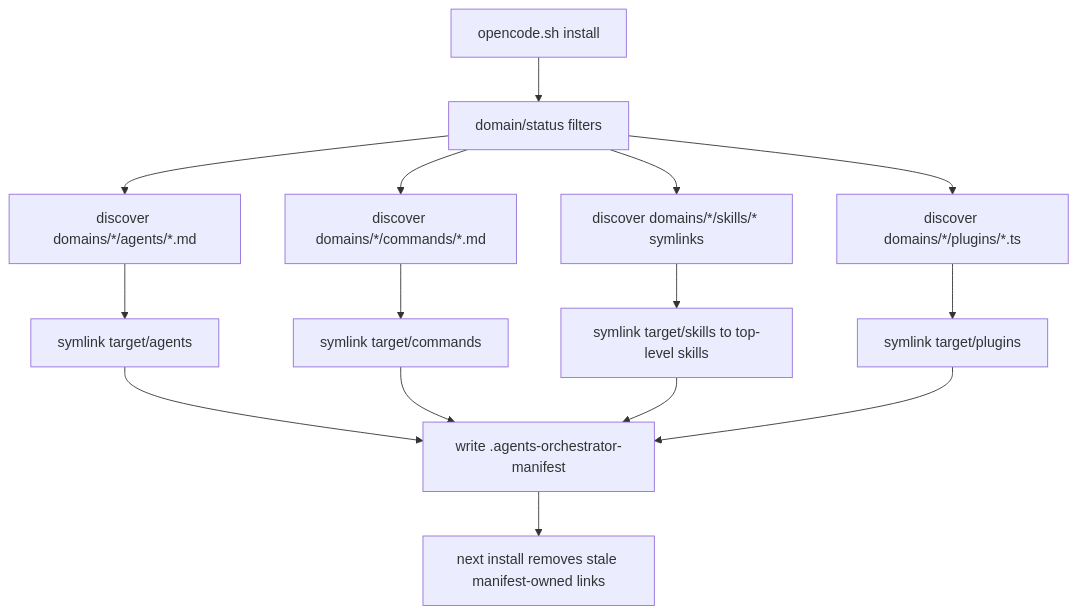
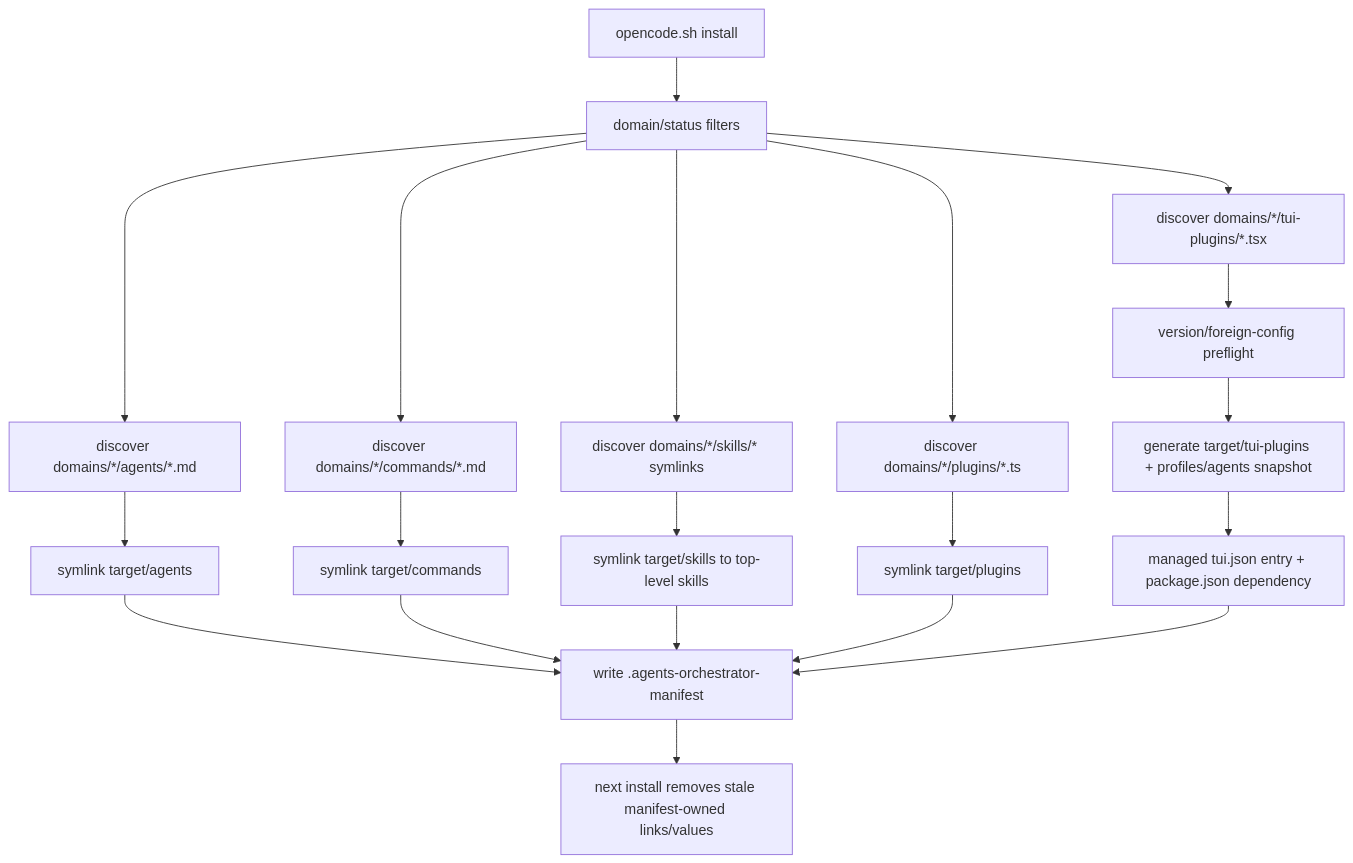
The seventh of 7 diagrams in docs/harness-flow-map.md (andresnator/agents-orchestrator), drawn with Mermaid before and after one commit. The commit also changed other lines of this file and 27 other files, not shown here.

````diff
--- a/docs/harness-flow-map.md
+++ b/docs/harness-flow-map.md
@@ -263,17 +263,22 @@
 ```mermaid
 flowchart TD
   Install["opencode.sh install"] --> Filters["domain/status filters"]
   Filters --> DiscoverAgents["discover domains/*/agents/*.md"]
   Filters --> DiscoverCommands["discover domains/*/commands/*.md"]
   Filters --> DiscoverSkills["discover domains/*/skills/* symlinks"]
   Filters --> DiscoverPlugins["discover domains/*/plugins/*.ts"]
+  Filters --> DiscoverTui["discover domains/*/tui-plugins/*.tsx"]
   DiscoverAgents --> LinkAgents["symlink target/agents"]
   DiscoverCommands --> LinkCommands["symlink target/commands"]
   DiscoverSkills --> LinkSkills["symlink target/skills to top-level skills"]
   DiscoverPlugins --> LinkPlugins["symlink target/plugins"]
+  DiscoverTui --> Gate["version/foreign-config preflight"]
+  Gate --> CopyTui["generate target/tui-plugins + profiles/agents snapshot"]
+  CopyTui --> Managed["managed tui.json entry + package.json dependency"]
   LinkAgents --> Manifest["write .agents-orchestrator-manifest"]
   LinkCommands --> Manifest
   LinkSkills --> Manifest
   LinkPlugins --> Manifest
-  Manifest --> Sync["next install removes stale manifest-owned links"]
+  Managed --> Manifest
+  Manifest --> Sync["next install removes stale manifest-owned links/values"]
 ```
````
